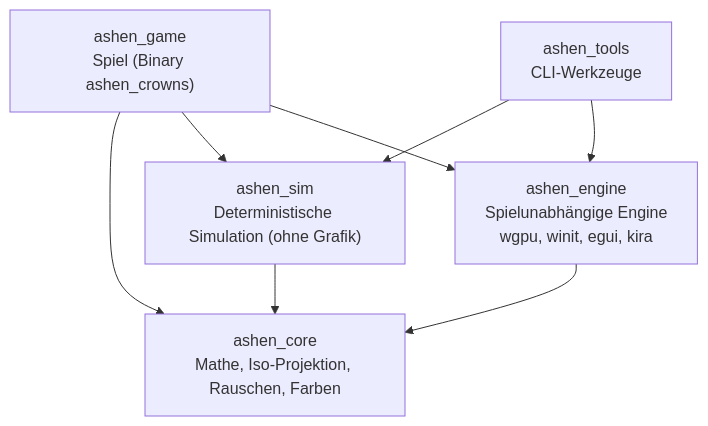
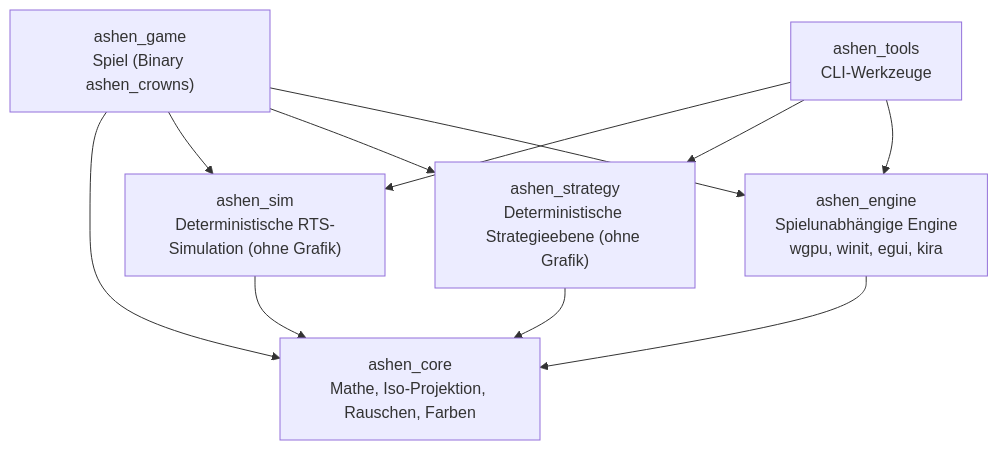
The first of 2 diagrams in docs/tech/architecture.md (NicoZ536/AshenCrowns), drawn with Mermaid before and after one commit. The commit also changed other lines of this file, not shown here.

Commit message:
Architektur: Strategieebene, Zwei-Ebenen-Integration, Editor, Balance, Erweiterungspunkte

````diff
--- a/docs/tech/architecture.md
+++ b/docs/tech/architecture.md
@@ -46,16 +48,20 @@
 ```mermaid
 graph TD
     core["ashen_core<br/>Mathe, Iso-Projektion, Rauschen, Farben"]
-    sim["ashen_sim<br/>Deterministische Simulation (ohne Grafik)"]
+    sim["ashen_sim<br/>Deterministische RTS-Simulation (ohne Grafik)"]
+    strat["ashen_strategy<br/>Deterministische Strategieebene (ohne Grafik)"]
     engine["ashen_engine<br/>Spielunabhängige Engine<br/>wgpu, winit, egui, kira"]
     game["ashen_game<br/>Spiel (Binary ashen_crowns)"]
     tools["ashen_tools<br/>CLI-Werkzeuge"]
 
     sim --> core
+    strat --> core
     engine --> core
     game --> core
     game --> sim
+    game --> strat
     game --> engine
     tools --> sim
+    tools --> strat
     tools --> engine
 ```
````
